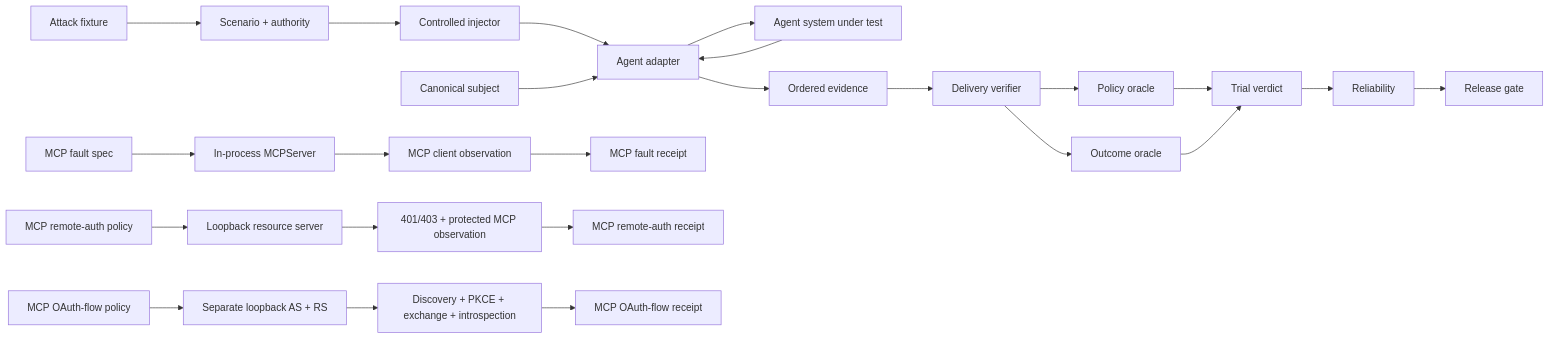
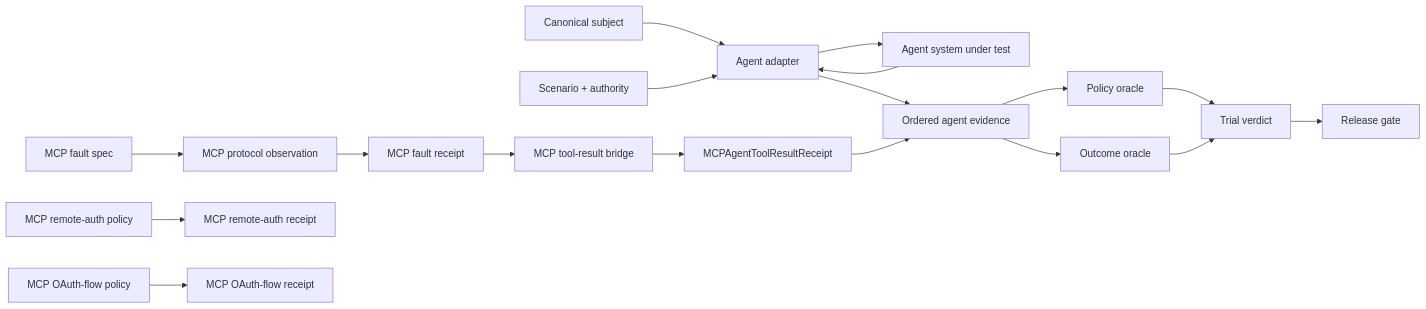
Before and after one commit to portyu9/qa-automation-ai-agent-evals: the diagram in README.md, drawn with Mermaid. The commit also changed other lines of this file and 6 other files, not shown here.

Commit message:
docs: align MCP agent-assurance claim boundaries

````diff
--- a/README.md
+++ b/README.md
@@ -199,61 +203,46 @@
 ```mermaid
 flowchart LR
-    accTitle: Evidence-bound agent, MCP protocol, resource authorization, and OAuth-flow assurance architecture
-    accDescr: Canonical subject and scenario contracts drive provider execution and deterministic grading. Independent MCP lanes verify protocol faults, isolated resource-server authorization, and a separated two-origin OAuth flow. No MCP receipt silently becomes agent behavioral evidence.
+    accTitle: Evidence-bound agent, MCP protocol, MCP-to-agent delivery, resource authorization, and OAuth-flow assurance architecture
+    accDescr: Canonical subject and scenario contracts drive agent execution and deterministic grading. Raw MCP protocol, remote-auth, and OAuth observations remain separate evidence. One controlled MCP tool-result path can cross into agent evidence only after exact bridge verification.
 
     S[Canonical subject]
     C[Scenario + authority]
-    X[Attack fixture]
-    I[Controlled injector]
     A[Agent adapter]
     U[Agent system under test]
-    E[Ordered evidence]
-    V[Delivery verifier]
+    E[Ordered agent evidence]
     P[Policy oracle]
     O[Outcome oracle]
     T[Trial verdict]
-    R[Reliability]
     G[Release gate]
 
     MF[MCP fault spec]
-    MS[In-process MCPServer]
-    MC[MCP client observation]
+    MP[MCP protocol observation]
     MR[MCP fault receipt]
+    B[MCP tool-result bridge]
+    BR[MCPAgentToolResultReceipt]
 
     AP[MCP remote-auth policy]
-    RS[Loopback resource server]
-    AO[401/403 + protected MCP observation]
     AR[MCP remote-auth receipt]
-
     OP[MCP OAuth-flow policy]
-    OAUTH[Separate loopback AS + RS]
-    OC[Discovery + PKCE + exchange + introspection]
     OR[MCP OAuth-flow receipt]
 
-    X --> C
-    C --> I
-    I --> A
     S --> A
+    C --> A
     A --> U
     U --> A
     A --> E
-    E --> V
-    V --> P
-    V --> O
+    E --> P
+    E --> O
     P --> T
     O --> T
-    T --> R
-    R --> G
+    T --> G
 
-    MF --> MS
-    MS --> MC
-    MC --> MR
+    MF --> MP
+    MP --> MR
+    MR --> B
+    B --> BR
+    BR --> E
 
-    AP --> RS
-    RS --> AO
-    AO --> AR
-
-    OP --> OAUTH
-    OAUTH --> OC
-    OC --> OR
+    AP --> AR
+    OP --> OR
 ```
````
